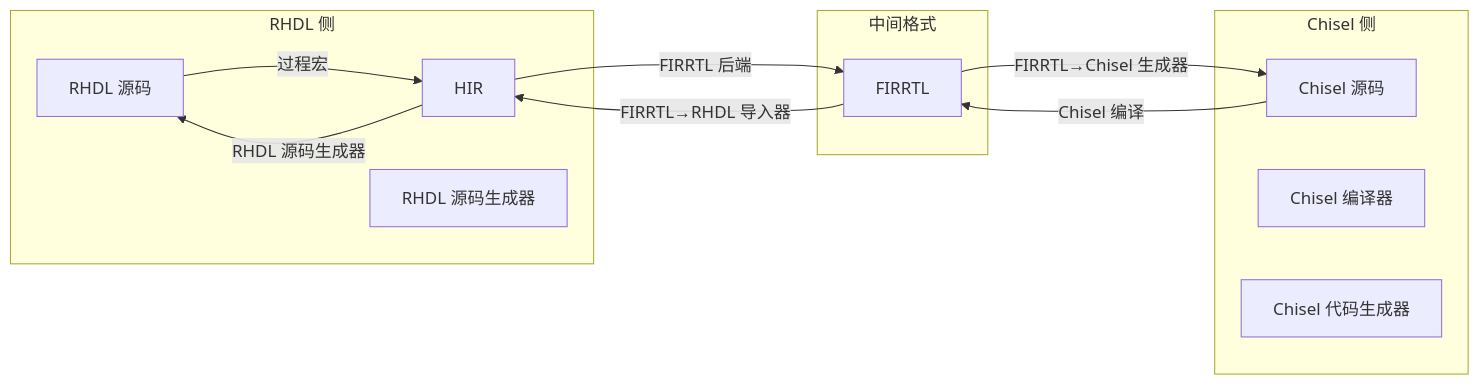
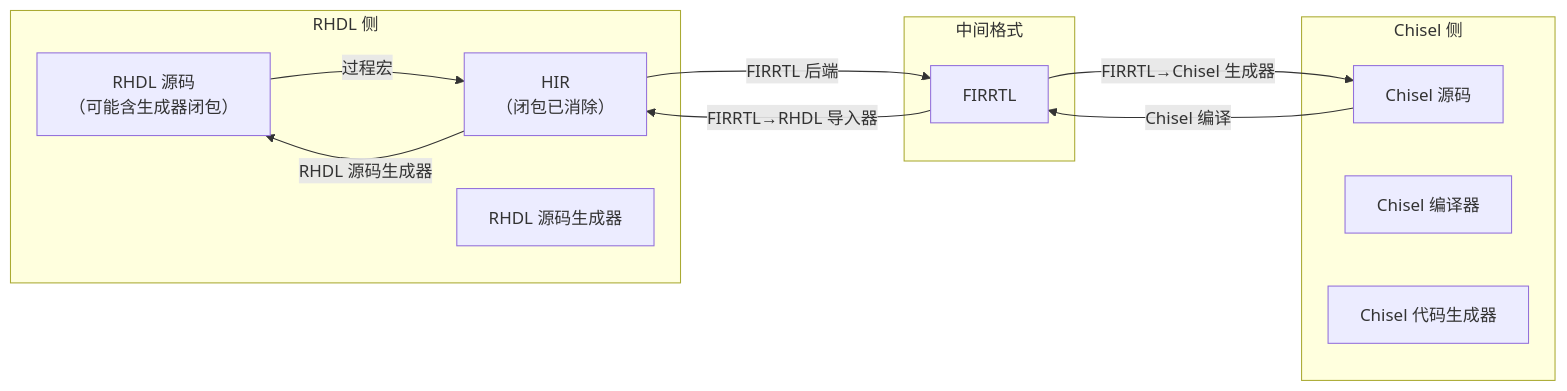
Before and after one commit to TangCan/bitloom: the eighth of 18 diagrams in docs/requirements/4. 整体架构与工作流.md, drawn with Mermaid. The commit also changed other lines of this file and 17 other files, not shown here.

````diff
--- a/docs/requirements/4. 整体架构与工作流.md
+++ b/docs/requirements/4. 整体架构与工作流.md
@@ -239,24 +256,23 @@
 ```mermaid
 flowchart LR
     subgraph RHDL 侧
-        RHDL_SRC[RHDL 源码]
-        HIR[HIR]
+        RHDL_SRC[RHDL 源码<br>（可能含生成器闭包）]
+        HIR[HIR<br>（闭包已消除）]
         RHDL_GEN[RHDL 源码生成器]
     end
     subgraph 中间格式
         FIRRTL[FIRRTL]
     end
     subgraph Chisel 侧
         CHISEL_SRC[Chisel 源码]
         CHISEL_COMP[Chisel 编译器]
         CHISEL_GEN[Chisel 代码生成器]
     end
 
     RHDL_SRC -->|过程宏| HIR
     HIR -->|FIRRTL 后端| FIRRTL
     FIRRTL -->|FIRRTL→Chisel 生成器| CHISEL_SRC
     CHISEL_SRC -->|Chisel 编译| FIRRTL
     FIRRTL -->|FIRRTL→RHDL 导入器| HIR
     HIR -->|RHDL 源码生成器| RHDL_SRC
-
 ```
````
